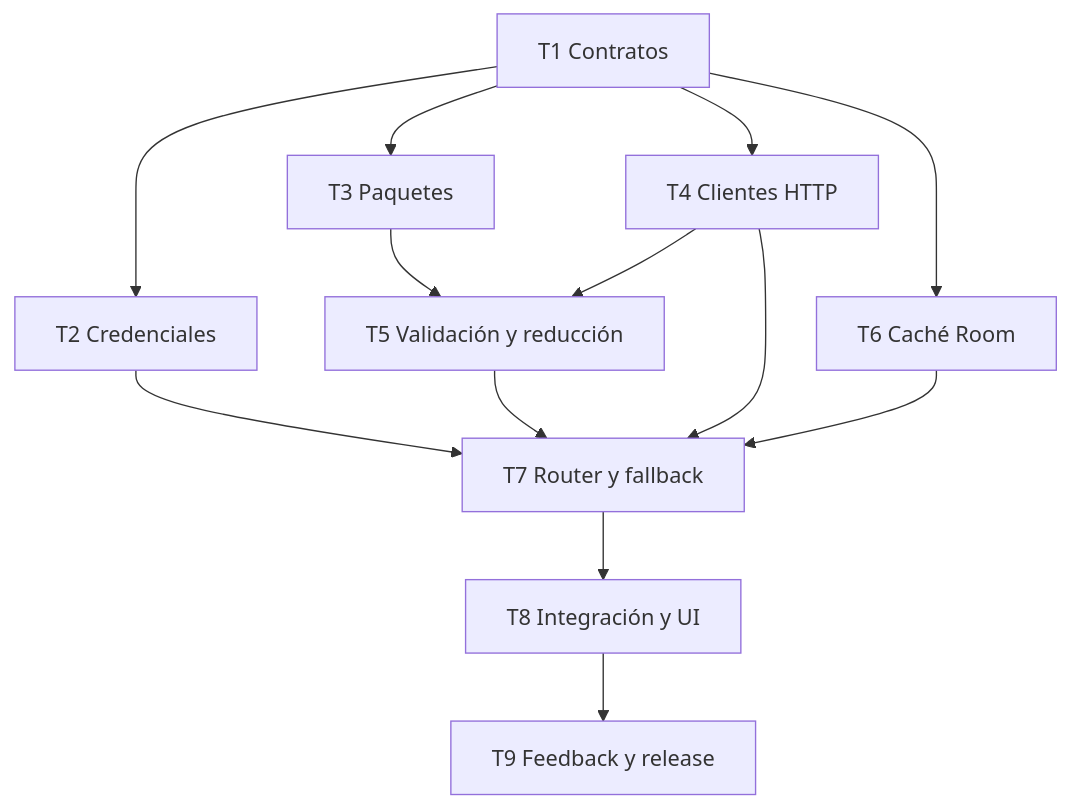
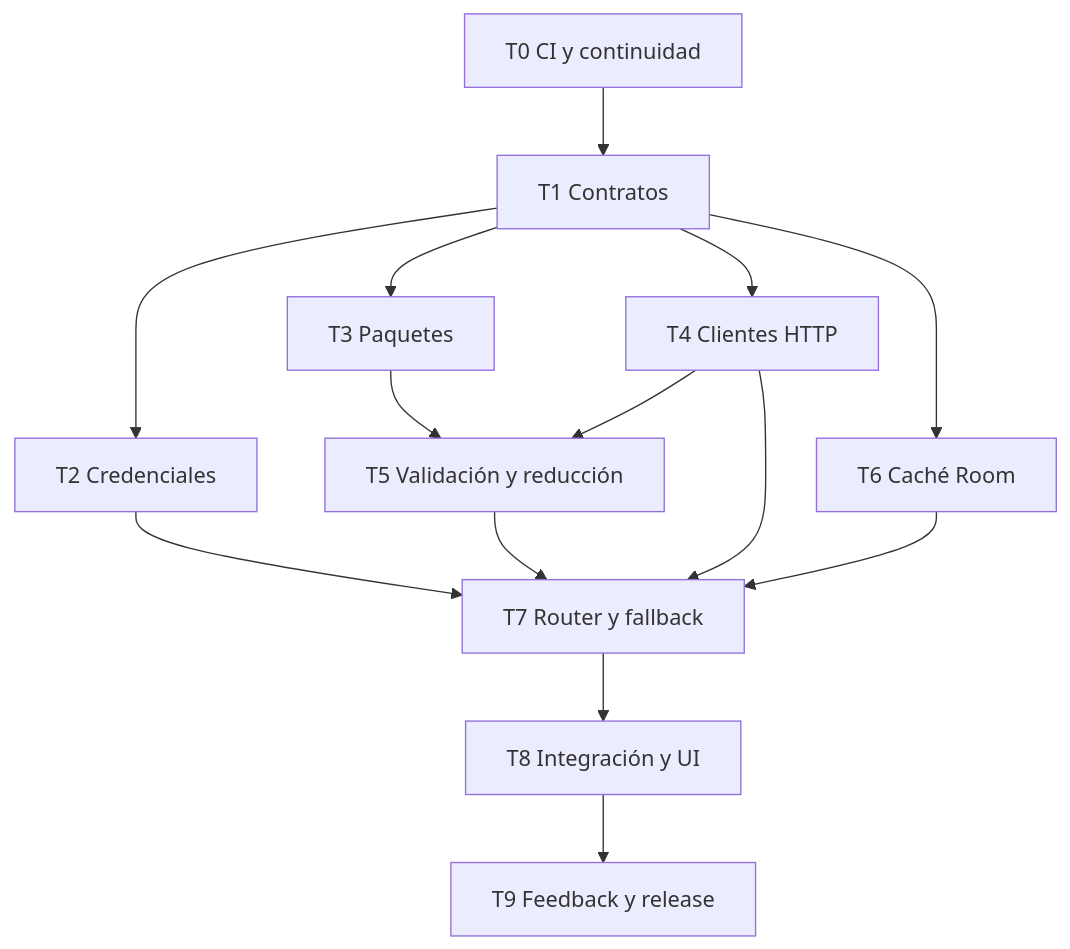
One commit to ravacholin/Diarioele changed the diagram in PHASE5_AGENT_COLLABORATION.md. Above: the diagram before and after it, drawn with Mermaid. The commit also changed other lines of this file, not shown here.

````diff
--- a/PHASE5_AGENT_COLLABORATION.md
+++ b/PHASE5_AGENT_COLLABORATION.md
@@ -58,15 +59,15 @@
 ```mermaid
 flowchart TD
-    T1["T1 Contratos"] --> T2["T2 Credenciales"]
+    T0["T0 CI y continuidad"] --> T1["T1 Contratos"] --> T2["T2 Credenciales"]
     T1 --> T3["T3 Paquetes"]
     T1 --> T4["T4 Clientes HTTP"]
     T3 --> T5["T5 Validación y reducción"]
     T4 --> T5
     T1 --> T6["T6 Caché Room"]
     T2 --> T7["T7 Router y fallback"]
     T4 --> T7
     T5 --> T7
     T6 --> T7
     T7 --> T8["T8 Integración y UI"]
     T8 --> T9["T9 Feedback y release"]
 ```
````
